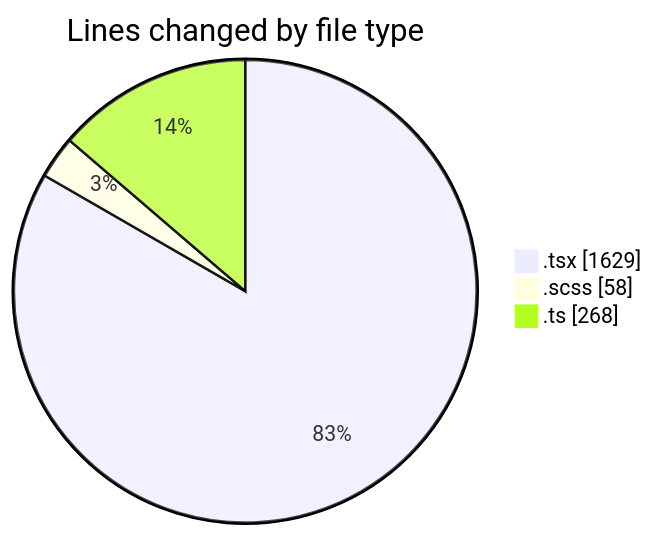
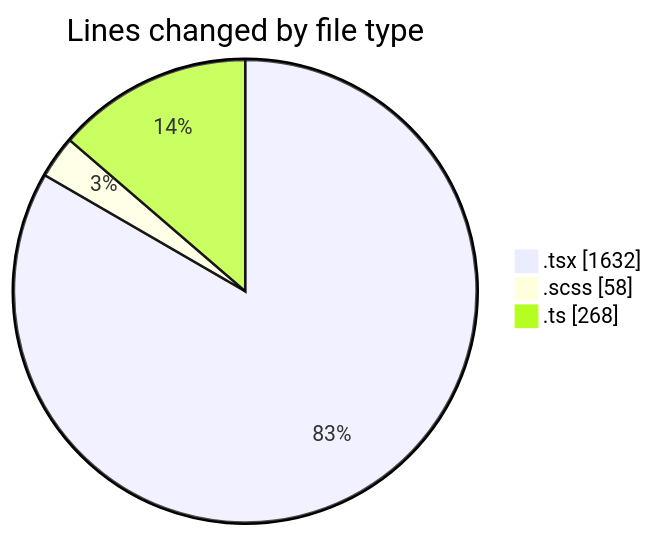
One commit to momahboobian/code-tracking changed the first of 2 diagrams in 2026-10-05/cda/README.md. Above: the diagram before and after it, drawn with Mermaid. The commit also changed other lines of this file and 1 other file, not shown here.

````diff
--- a/2026-10-05/cda/README.md
+++ b/2026-10-05/cda/README.md
@@ -32,7 +32,7 @@
 ```mermaid
 pie showData
 title Lines changed by file type
-".tsx" : 1629
+".tsx" : 1632
 ".scss" : 58
 ".ts" : 268
 ```
````
